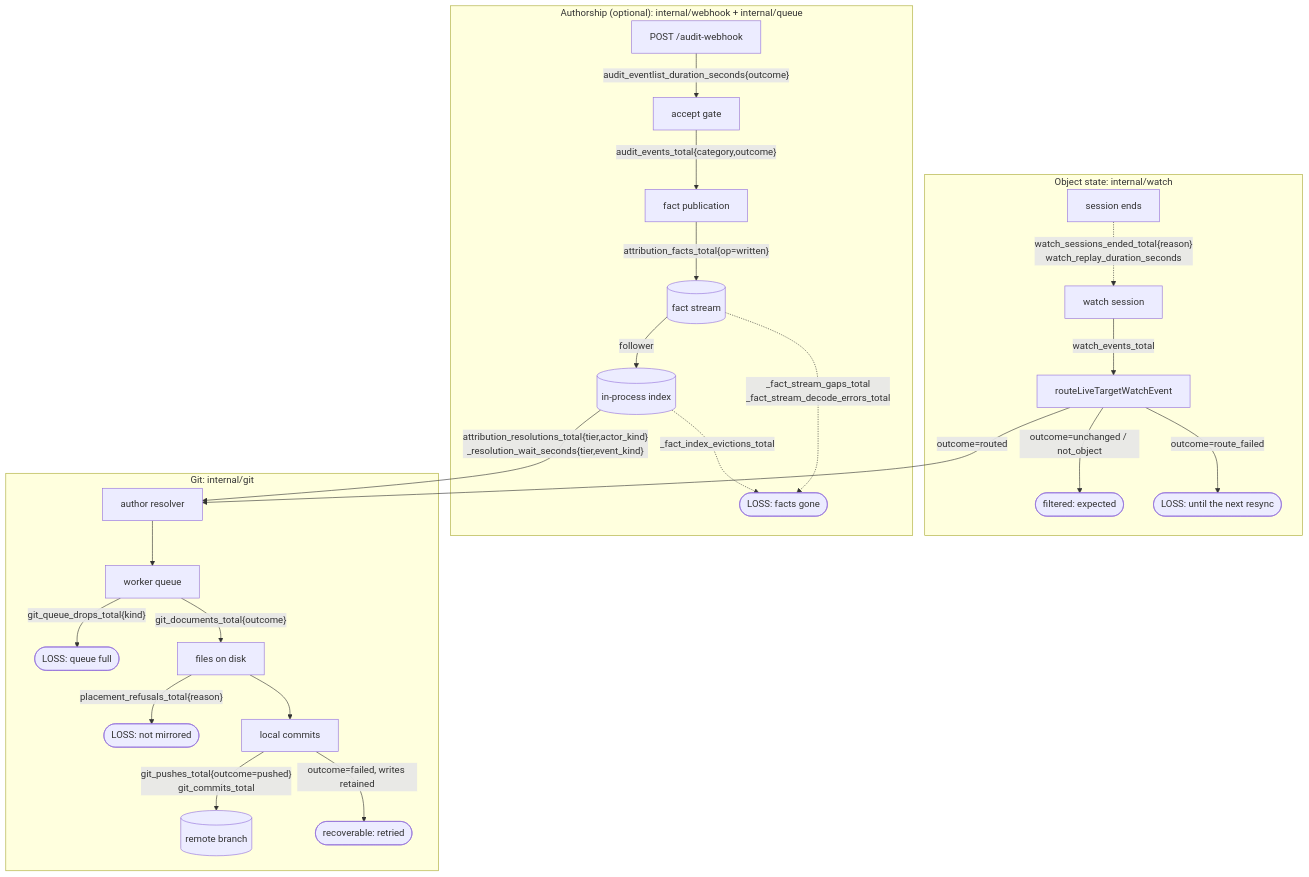
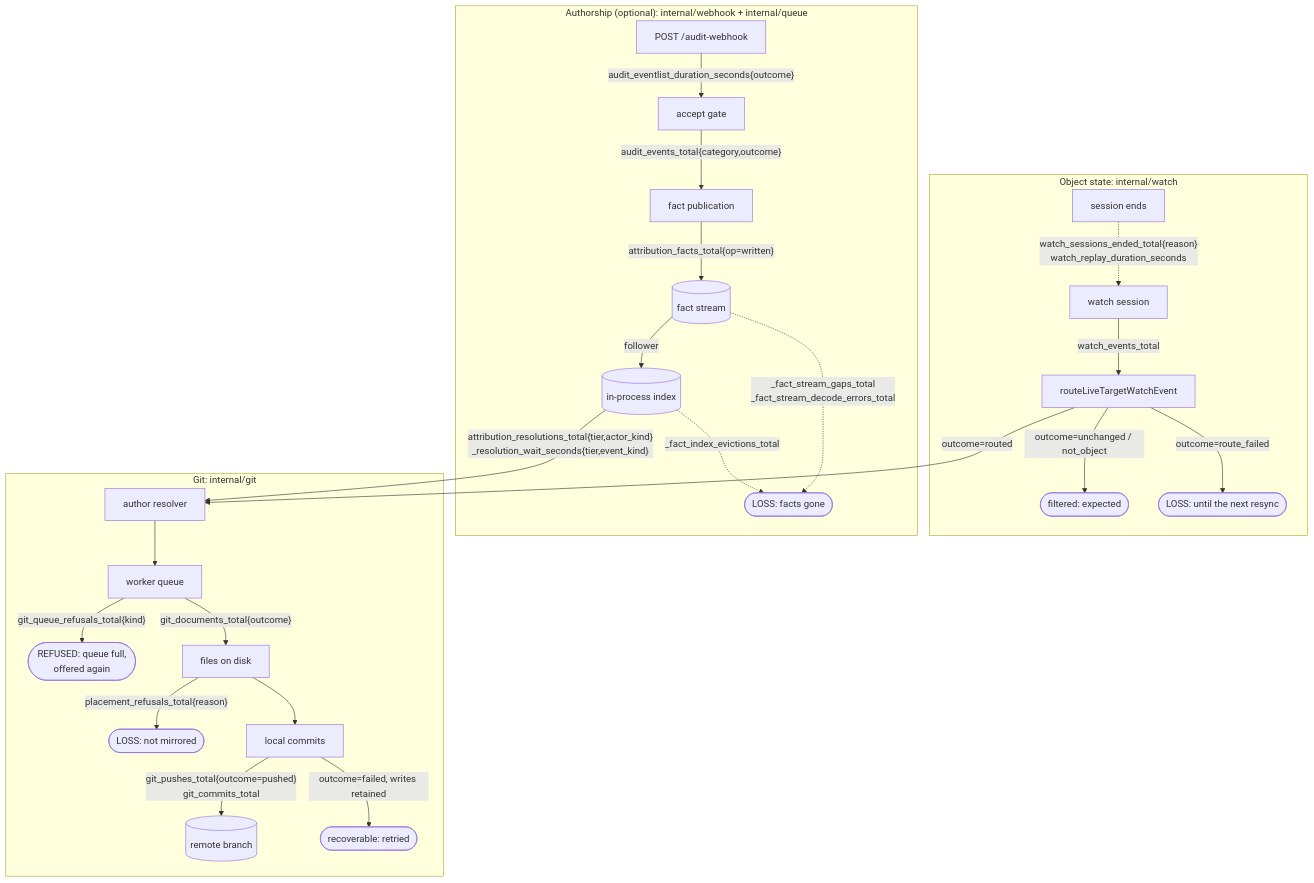
The diagram in docs/design/metrics-observability-plan.md (ConfigButler/gitops-reverser), drawn with Mermaid before and after one commit. The commit also changed other lines of this file and 129 other files, not shown here.

````diff
--- a/docs/design/metrics-observability-plan.md
+++ b/docs/design/metrics-observability-plan.md
@@ -261,28 +261,28 @@
 ```mermaid
 flowchart TB
     subgraph WATCHPATH["Object state: internal/watch"]
         W["watch session"] -->|"watch_events_total"| R["routeLiveTargetWatchEvent"]
         WS["session ends"] -.->|"watch_sessions_ended_total{reason}<br/>watch_replay_duration_seconds"| W
         R -->|"outcome=unchanged / not_object"| DROPF(["filtered: expected"])
         R -->|"outcome=route_failed"| DROPR(["LOSS: until the next resync"])
     end
     subgraph AUDITPATH["Authorship (optional): internal/webhook + internal/queue"]
         A["POST /audit-webhook"] -->|"audit_eventlist_duration_seconds{outcome}"| AG["accept gate"]
         AG -->|"audit_events_total{category,outcome}"| AF["fact publication"]
         AF -->|"attribution_facts_total{op=written}"| AS[("fact stream")]
         AS -->|"follower"| AI[("in-process index")]
         AS -.->|"_fact_stream_gaps_total<br/>_fact_stream_decode_errors_total"| ALOSS(["LOSS: facts gone"])
         AI -.->|"_fact_index_evictions_total"| ALOSS
     end
     R -->|"outcome=routed"| RES["author resolver"]
     AI -->|"attribution_resolutions_total{tier,actor_kind}<br/>_resolution_wait_seconds{tier,event_kind}"| RES
     subgraph GITPATH["Git: internal/git"]
         RES --> Q["worker queue"]
-        Q -->|"git_queue_drops_total{kind}"| DROPQ(["LOSS: queue full"])
+        Q -->|"git_queue_refusals_total{kind}"| DROPQ(["REFUSED: queue full,<br/>offered again"])
         Q -->|"git_documents_total{outcome}"| F["files on disk"]
         F -->|"placement_refusals_total{reason}"| DROPP(["LOSS: not mirrored"])
         F --> C["local commits"]
         C -->|"git_pushes_total{outcome=pushed}<br/>git_commits_total"| G[("remote branch")]
         C -->|"outcome=failed, writes retained"| RETRY(["recoverable: retried"])
     end
 ```
````
